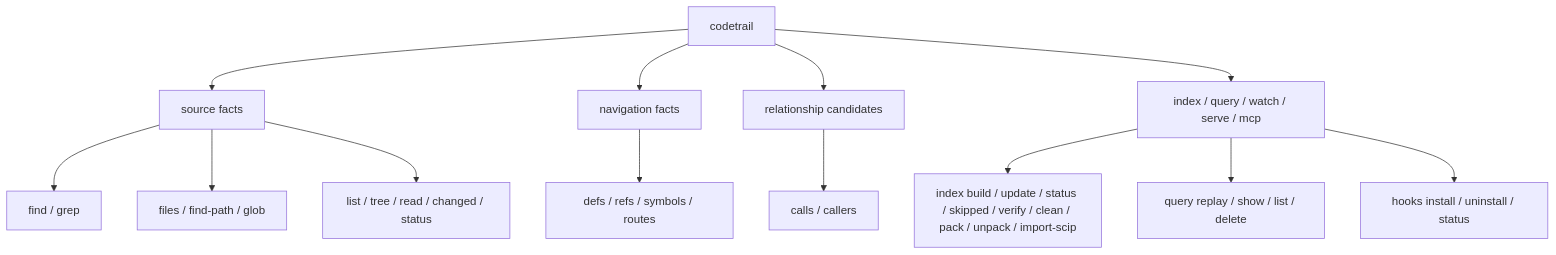
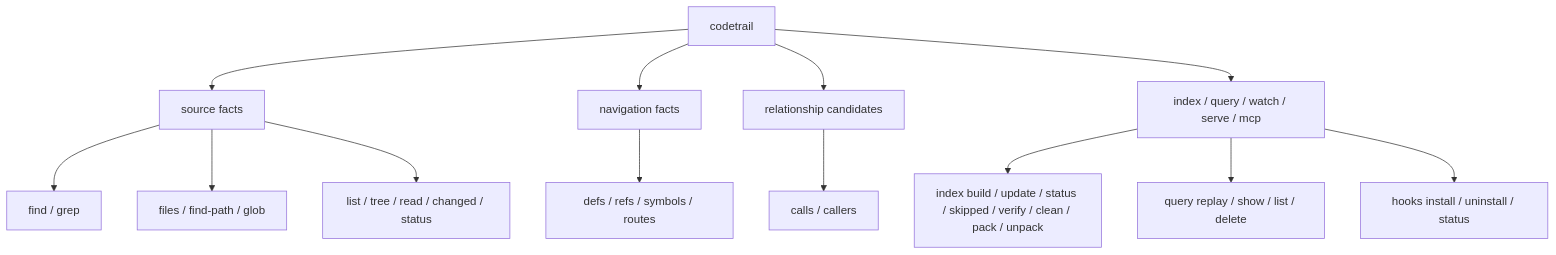
One commit to mars167/CodeTrail changed the first of 2 diagrams in docs/02-command-contract.md. Above: the diagram before and after it, drawn with Mermaid. The commit also changed other lines of this file and 11 other files, not shown here.

Commit message:
fix: fold SCIP generation into index build

````diff
--- a/docs/02-command-contract.md
+++ b/docs/02-command-contract.md
@@ -7,16 +7,16 @@
 ```mermaid
 flowchart TB
   CS["codetrail"] --> L0["source facts"]
   CS --> L1["navigation facts"]
   CS --> L2["relationship candidates"]
   CS --> Ops["index / query / watch / serve / mcp"]
 
   L0 --> Search["find / grep"]
   L0 --> Paths["files / find-path / glob"]
   L0 --> Read["list / tree / read / changed / status"]
   L1 --> Nav["defs / refs / symbols / routes"]
   L2 --> Calls["calls / callers"]
-  Ops --> Index["index build / update / status / skipped / verify / clean / pack / unpack / import-scip"]
+  Ops --> Index["index build / update / status / skipped / verify / clean / pack / unpack"]
   Ops --> Query["query replay / show / list / delete"]
   Ops --> Hooks["hooks install / uninstall / status"]
 ```
````
